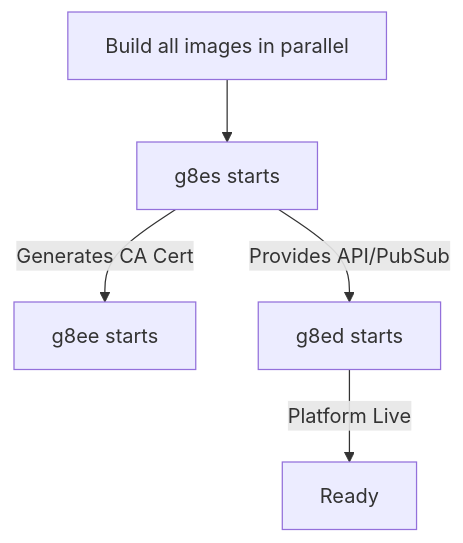
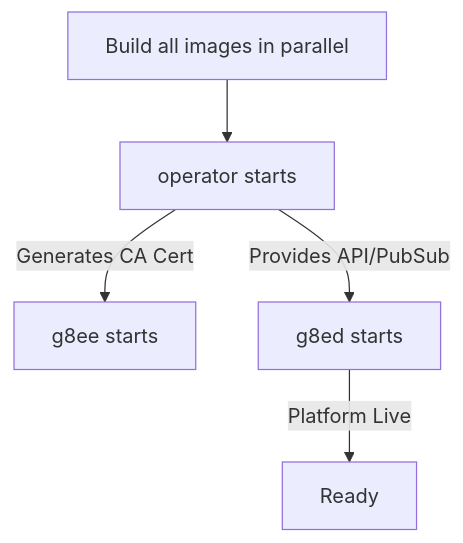
One commit to g8e-ai/g8e changed the diagram in docs/architecture/builds.md. Above: the diagram before and after it, drawn with Mermaid. The commit also changed other lines of this file and 3984 other files, not shown here.

````diff
--- a/docs/architecture/builds.md
+++ b/docs/architecture/builds.md
@@ -40,7 +40,7 @@
 ```mermaid
 graph TD
-    A[Build all images in parallel] --> B[g8es starts]
+    A[Build all images in parallel] --> B[operator starts]
     B -->|Generates CA Cert| C[g8ee starts]
     B -->|Provides API/PubSub| D[g8ed starts]
     D -->|Platform Live| F[Ready]
 ```
````
